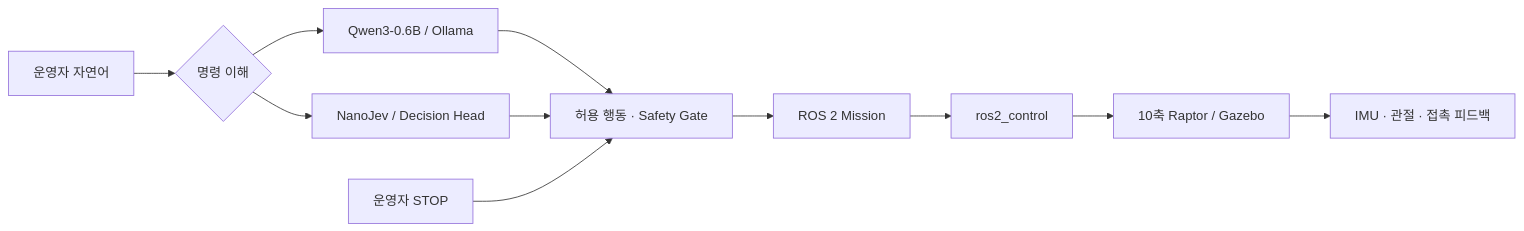
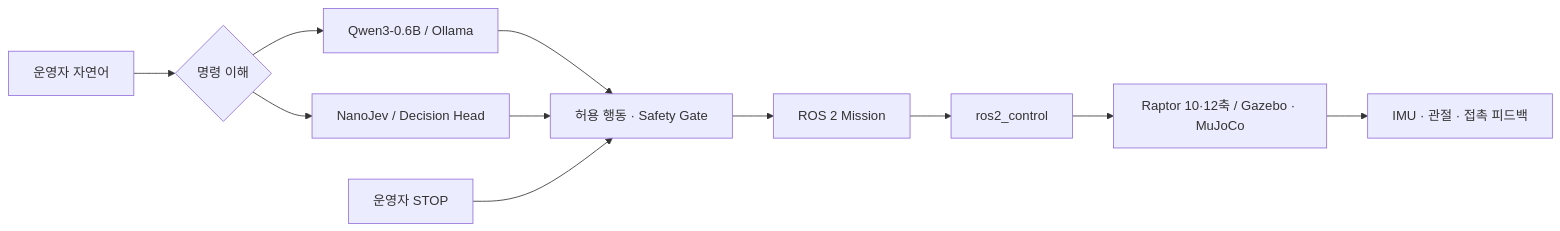
The diagram in README.md (djfksjd/ROS_RAPTER), drawn with Mermaid before and after one commit. The commit also changed other lines of this file, not shown here.

First line of the commit message:
docs(readme): reorder by design generation (1st 10-DOF -> 12-DOF RL -> R-02 -> 40 km/h T1) with a timeline table

````diff
--- a/README.md
+++ b/README.md
@@ -67,13 +258,13 @@
 ```mermaid
 flowchart LR
     A[운영자 자연어] --> B{명령 이해}
     B --> C[Qwen3-0.6B / Ollama]
     B --> D[NanoJev / Decision Head]
     C --> E[허용 행동 · Safety Gate]
     D --> E
     S[운영자 STOP] --> E
     E --> F[ROS 2 Mission]
     F --> G[ros2_control]
-    G --> H[10축 Raptor / Gazebo]
+    G --> H[Raptor 10·12축 / Gazebo · MuJoCo]
     H --> I[IMU · 관절 · 접촉 피드백]
 ```
````
